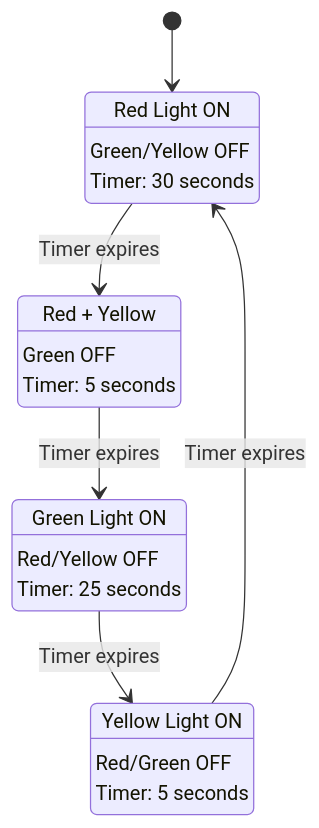
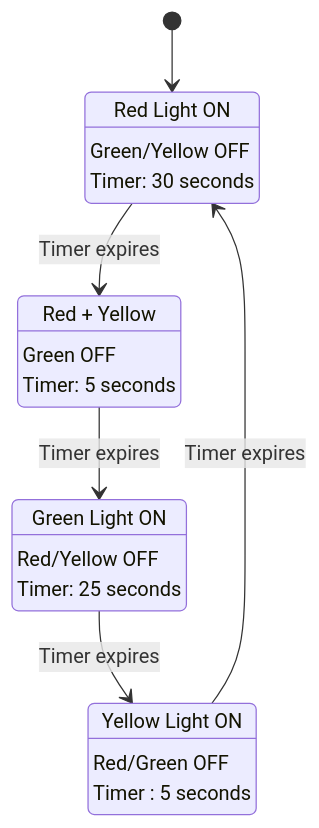
One commit to snowch-notes/digial_electronics changed the third of 4 diagrams in 10_moore_fsm.md. Above: the diagram before and after it, drawn with Mermaid.

````diff
--- a/10_moore_fsm.md
+++ b/10_moore_fsm.md
@@ -133,25 +133,25 @@
 ```mermaid
 stateDiagram-v2
     [*] --> RED
     
     RED : Red Light ON
     RED : Green/Yellow OFF
     RED : Timer: 30 seconds
     
     REDYELLOW : Red + Yellow
     REDYELLOW : Green OFF
     REDYELLOW : Timer: 5 seconds
     
     GREEN : Green Light ON
     GREEN : Red/Yellow OFF
     GREEN : Timer: 25 seconds
     
     YELLOW : Yellow Light ON
     YELLOW : Red/Green OFF
-    YELLOW : Timer: 5 seconds
+    YELLOW : Timer : 5 seconds
     
     RED --> REDYELLOW : Timer expires
     REDYELLOW --> GREEN : Timer expires
     GREEN --> YELLOW : Timer expires
     YELLOW --> RED : Timer expires
 ```
````
